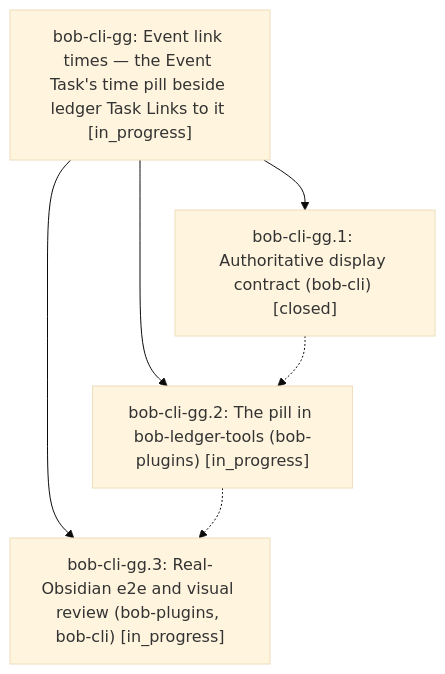
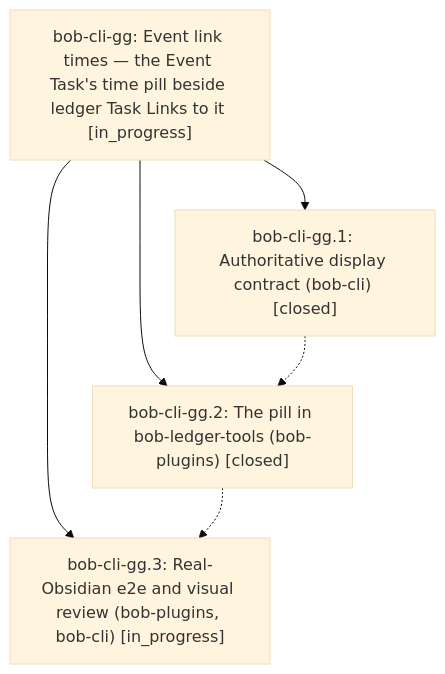
The diagram in pages/bob-cli-gg/README.md (bobs-org/bob-cli--beads), drawn with Mermaid (base theme) before and after one commit. The commit also changed other lines of this file and 3 other files, not shown here.

First line of the commit message:
chore(beads): sync bead state and pages for bob-cli-gg

````diff
--- a/pages/bob-cli-gg/README.md
+++ b/pages/bob-cli-gg/README.md
@@ -24,12 +56,12 @@
 ```mermaid
 flowchart TD
     n0["bob-cli-gg: Event link times — the Event Task's time pill beside ledger Task Links to it [in_progress]"]
     n1["bob-cli-gg.1: Authoritative display contract (bob-cli) [closed]"]
-    n2["bob-cli-gg.2: The pill in bob-ledger-tools (bob-plugins) [in_progress]"]
+    n2["bob-cli-gg.2: The pill in bob-ledger-tools (bob-plugins) [closed]"]
     n3["bob-cli-gg.3: Real-Obsidian e2e and visual review (bob-plugins, bob-cli) [in_progress]"]
     n0 --> n1
     n0 --> n2
     n0 --> n3
     n1 -.-> n2
     n2 -.-> n3
 ```
````
